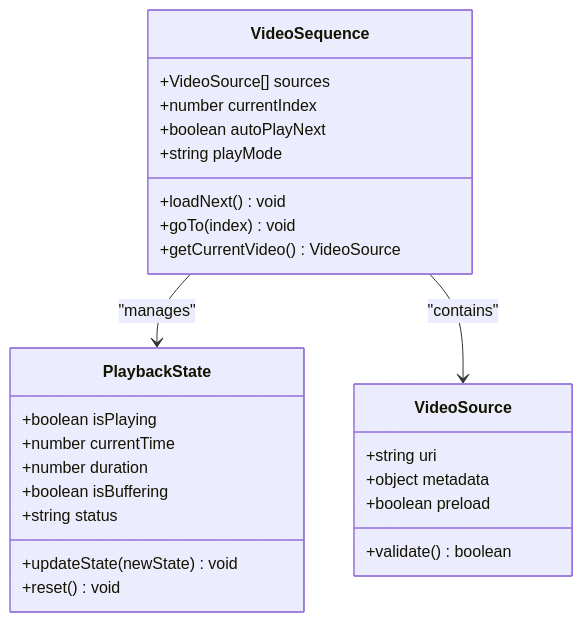
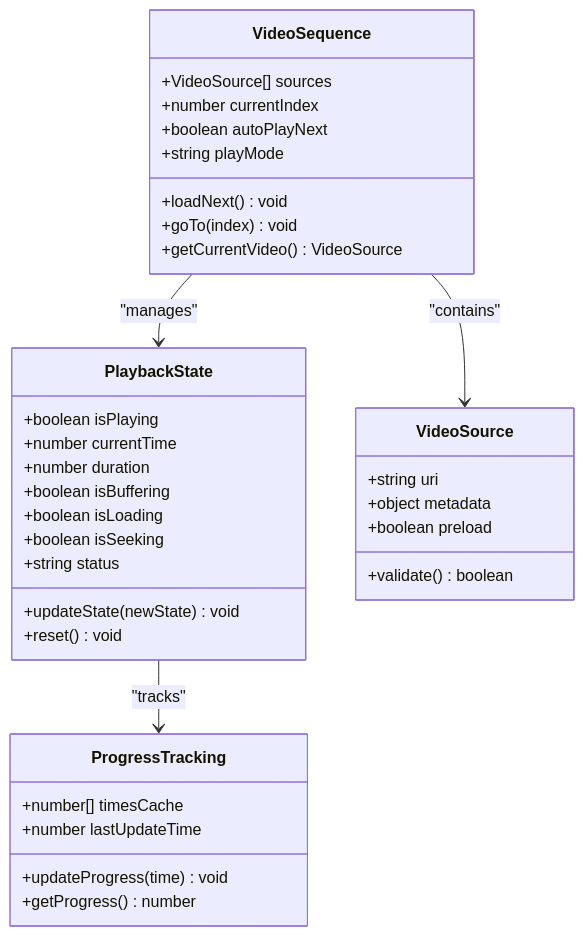
Before and after one commit to 156258852/video-rn: the third of 6 diagrams in .qoder/repowiki/en/content/Custom Hooks Library/useVideoSequencePlayer Hook.md, drawn with Mermaid. The commit also changed other lines of this file and 13 other files, not shown here.

First line of the commit message:
Refactor and rename Video Sequence Player module to StitchRNPOCModern

````diff
--- a/.qoder/repowiki/en/content/Custom Hooks Library/useVideoSequencePlayer Hook.md
+++ b/.qoder/repowiki/en/content/Custom Hooks Library/useVideoSequencePlayer Hook.md
@@ -112,29 +136,38 @@
 ```mermaid
 classDiagram
 class VideoSequence {
 +VideoSource[] sources
 +number currentIndex
 +boolean autoPlayNext
 +string playMode
 +loadNext() void
 +goTo(index) void
 +getCurrentVideo() VideoSource
 }
 class PlaybackState {
 +boolean isPlaying
 +number currentTime
 +number duration
 +boolean isBuffering
++boolean isLoading
++boolean isSeeking
 +string status
 +updateState(newState) void
 +reset() void
 }
 class VideoSource {
 +string uri
 +object metadata
 +boolean preload
 +validate() boolean
 }
+class ProgressTracking {
++number[] timesCache
++number lastUpdateTime
++updateProgress(time) void
++getProgress() number
+}
 VideoSequence --> PlaybackState : "manages"
 VideoSequence --> VideoSource : "contains"
+PlaybackState --> ProgressTracking : "tracks"
 ```
````
